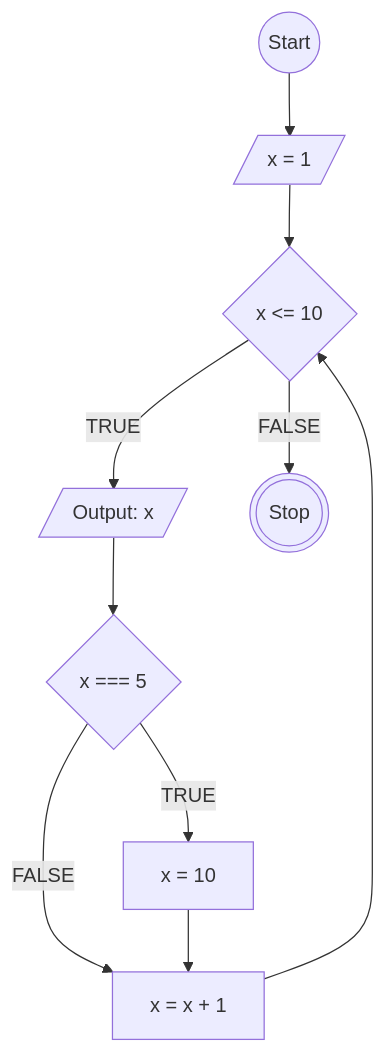
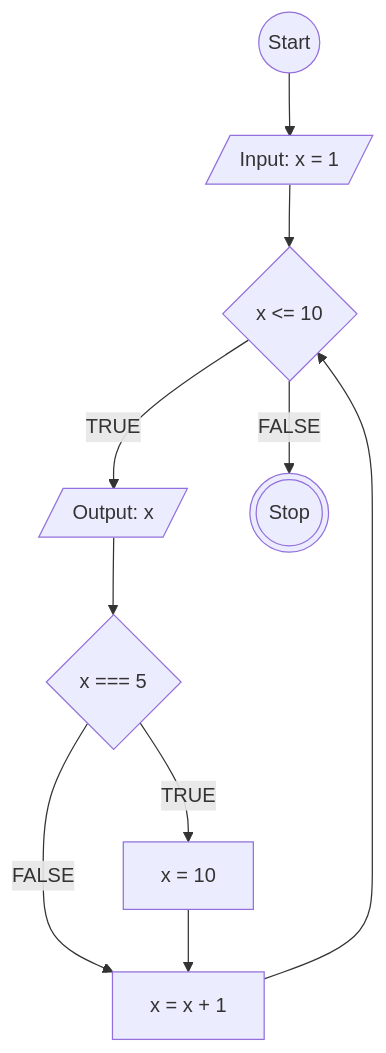
Before and after one commit to makarim22/koda-b6-javascript1: the diagram in flowchart-loop.md, drawn with Mermaid. The commit also changed other lines of this file, not shown here.

````diff
--- a/flowchart-loop.md
+++ b/flowchart-loop.md
@@ -2,30 +2,30 @@
 ```mermaid
 flowchart TD
 
 A@{ shape: circle, label: "Start" } --> B
 
-B@{ shape: lean-r, label: "x = 1" } --> C
+B@{ shape: lean-r, label: "Input: x = 1" } --> C
 
 C@{ shape: diamond, label: "x <= 10" }
 
 D@{ shape: lean-r, label: "Output: x" }
 
 E@{ shape: diamond, label: "x === 5" }
 
 F@{ shape: rect, label: "x = 10" }
 
 G@{ shape: rect, label: "x = x + 1" }
 
 H@{ shape: dbl-circ, label: "Stop" }
 
 C -->|TRUE| D
 C -->|FALSE| H
 
 D --> E
 
 E -- "TRUE" --> F
 E -- "FALSE" --> G
 
 F --> G
 G --> C
 ```
````
